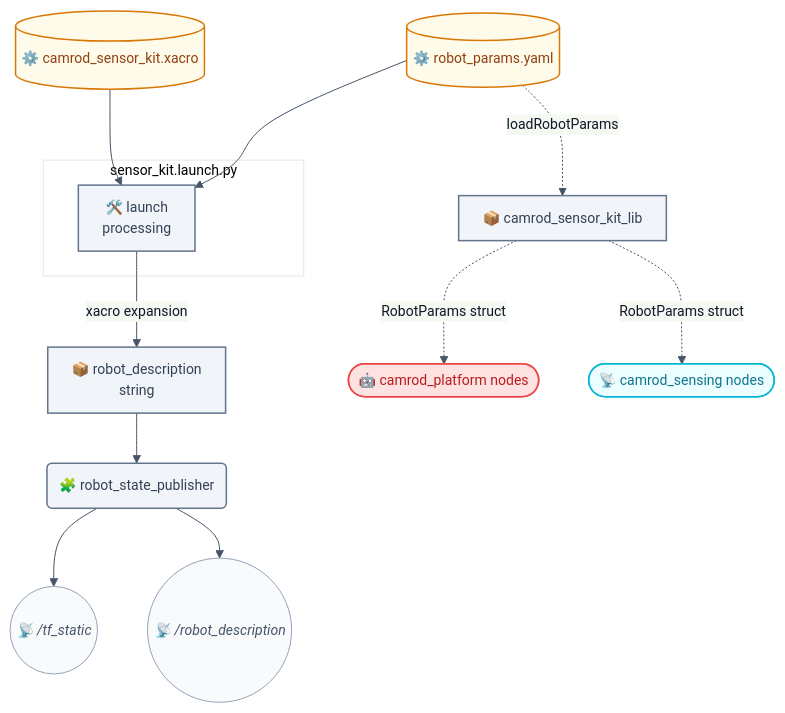
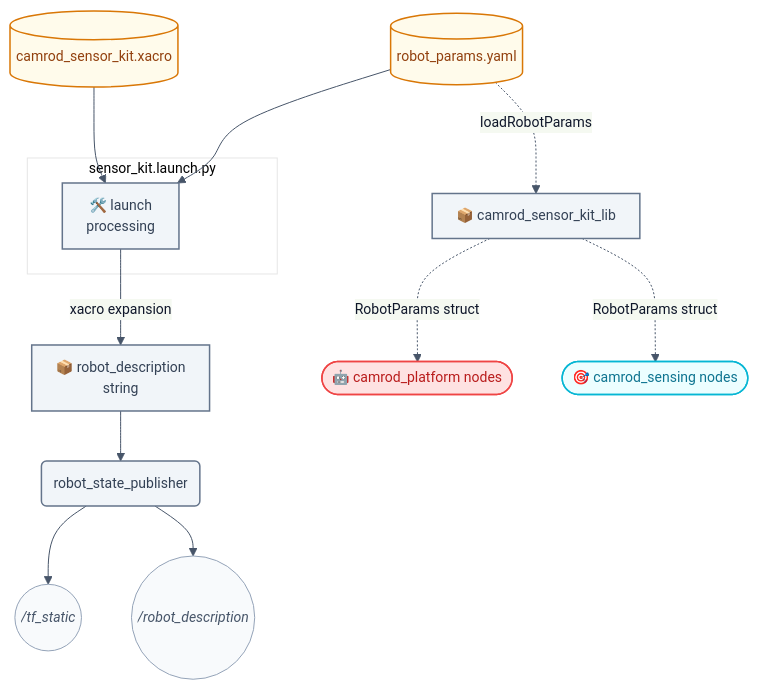
The third of 4 diagrams in camrod_sensor_kit/README.md (hwanhonglee/CAMROD), drawn with Mermaid before and after one commit. The commit also changed other lines of this file and 11 other files, not shown here.

First line of the commit message:
docs: fix Mermaid syntax errors and reduce emoji overuse in all READMEs

````diff
--- a/camrod_sensor_kit/README.md
+++ b/camrod_sensor_kit/README.md
@@ -110,25 +110,25 @@
 ```mermaid
 %%{init: {'theme': 'base', 'themeVariables': {'fontFamily': 'ui-sans-serif, system-ui, sans-serif', 'fontSize': '14px', 'primaryColor': '#F1F5F9', 'primaryTextColor': '#0F172A', 'primaryBorderColor': '#64748B', 'lineColor': '#475569'}, 'flowchart': {'curve': 'basis', 'htmlLabels': true, 'padding': 12}}}%%
 graph TD
-  YAML[(⚙️ robot_params.yaml)]:::config  --> LAUNCH
-  XACRO[(⚙️ camrod_sensor_kit.xacro)]:::config --> LAUNCH
+  YAML[(robot_params.yaml)]:::config  --> LAUNCH
+  XACRO[(camrod_sensor_kit.xacro)]:::config --> LAUNCH
 
   subgraph LAUNCH_BOX["sensor_kit.launch.py"]
     LAUNCH[🛠️ launch\nprocessing]:::system
   end
 
   LAUNCH -->|xacro expansion| DESC[📦 robot_description\nstring]:::system
-  DESC --> RSP(🧩 robot_state_publisher):::system
-  RSP --> TFSTATIC((📡 /tf_static)):::topic
-  RSP --> URDESC((📡 /robot_description)):::topic
+  DESC --> RSP(robot_state_publisher):::system
+  RSP --> TFSTATIC((/tf_static)):::topic
+  RSP --> URDESC((/robot_description)):::topic
 
   YAML -. loadRobotParams .-> LIB[📦 camrod_sensor_kit_lib]:::system
   LIB -. RobotParams struct .-> PLAT([🤖 camrod_platform nodes]):::platform
-  LIB -. RobotParams struct .-> SENS([📡 camrod_sensing nodes]):::sensing
+  LIB -. RobotParams struct .-> SENS([🎯 camrod_sensing nodes]):::sensing
 
   classDef sensing      fill:#ECFEFF,stroke:#06B6D4,stroke-width:1.5px,color:#0E7490;
   classDef platform     fill:#FEE2E2,stroke:#EF4444,stroke-width:1.5px,color:#B91C1C;
   classDef system       fill:#F1F5F9,stroke:#64748B,stroke-width:1.5px,color:#334155;
   classDef config       fill:#FFFBEB,stroke:#D97706,stroke-width:1.5px,color:#92400E;
   classDef topic        fill:#F8FAFC,stroke:#94A3B8,stroke-width:1px,color:#475569,font-style:italic;
 ```
````
